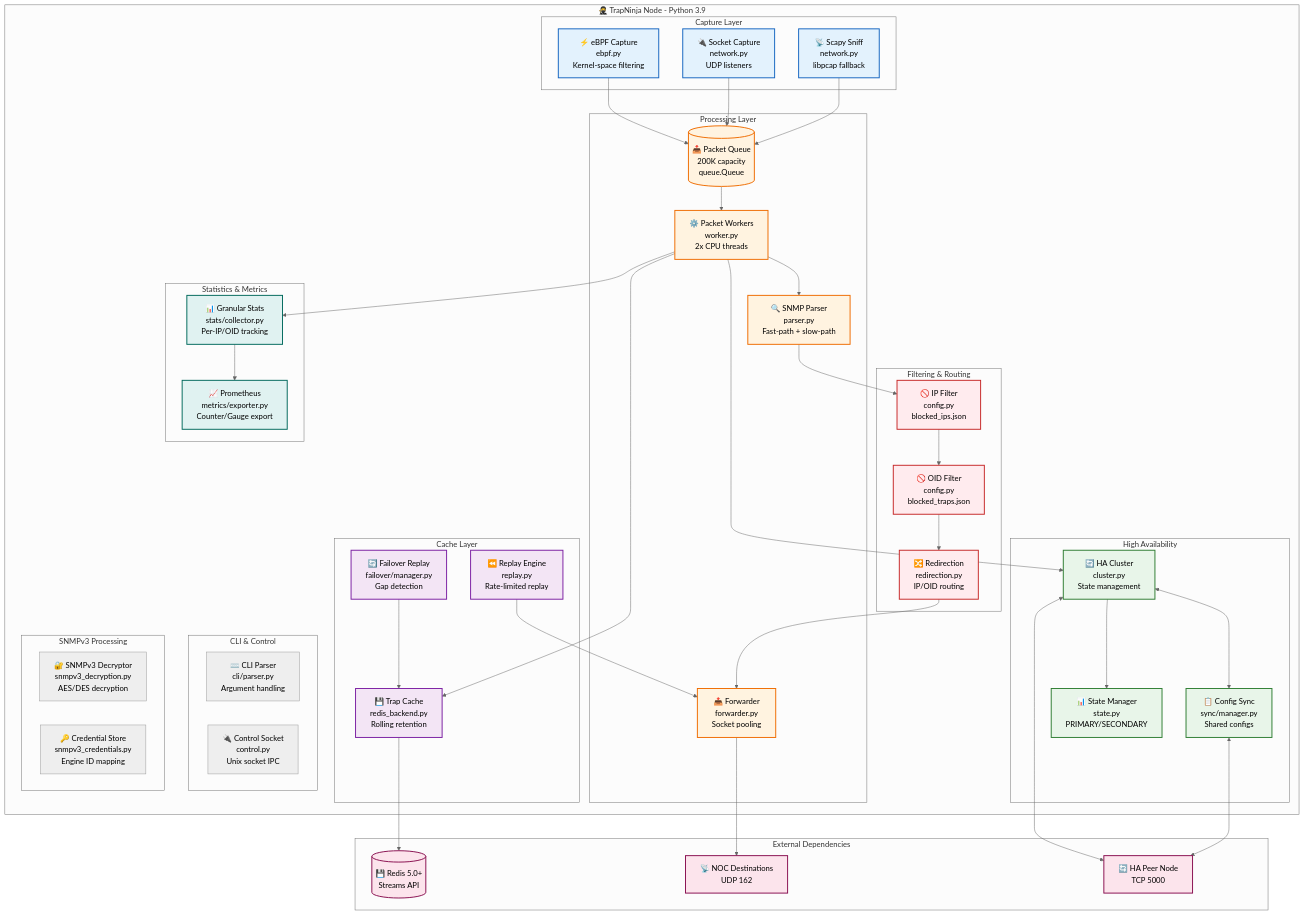
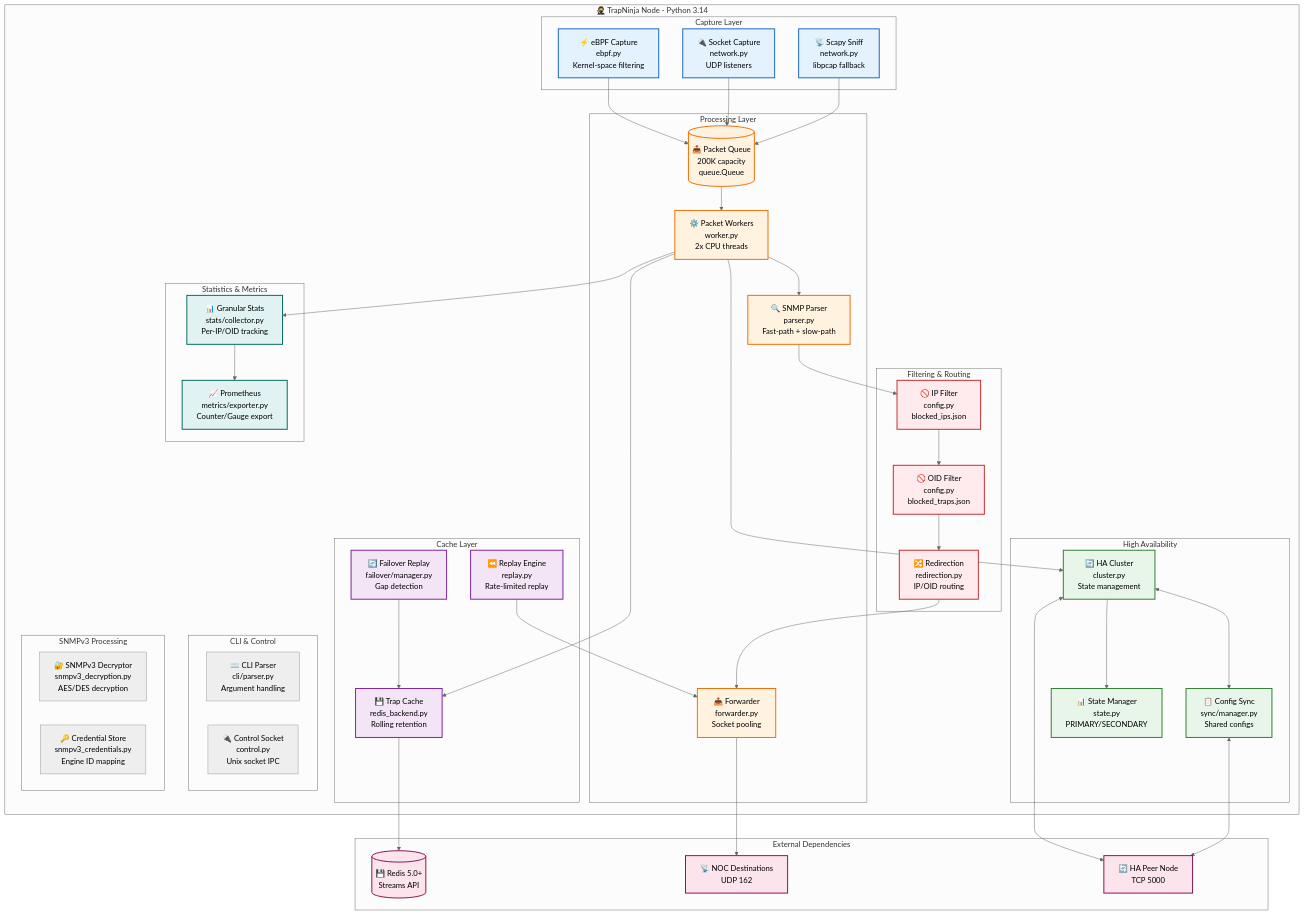
The second of 5 diagrams in docs/ARCHITECTURE.md (MAppleton-sky/trapninja), drawn with Mermaid (neutral theme) before and after one commit. The commit also changed other lines of this file and 19 other files, not shown here.

````diff
--- a/docs/ARCHITECTURE.md
+++ b/docs/ARCHITECTURE.md
@@ -145,6 +145,6 @@
 ```mermaid
 graph TD
-    subgraph TrapNinjaNode ["🥷 TrapNinja Node - Python 3.9"]
+    subgraph TrapNinjaNode ["🥷 TrapNinja Node - Python 3.14"]
 
         subgraph CaptureLayer ["Capture Layer"]
             eBPF["⚡ eBPF Capture<br/>ebpf.py<br/>Kernel-space filtering"]
````
